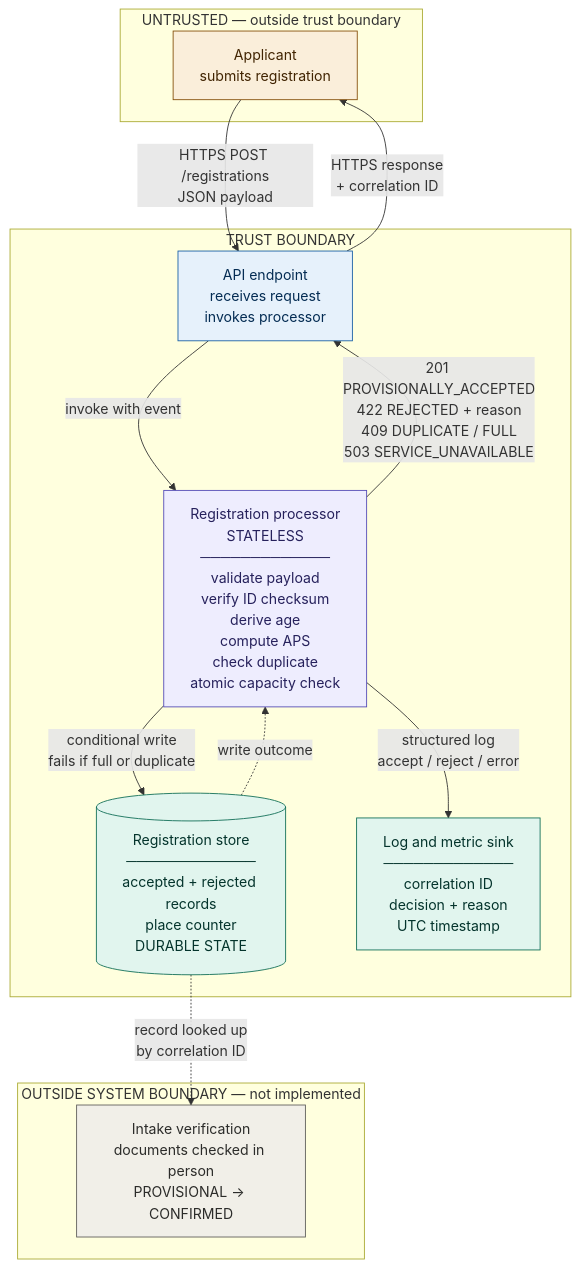
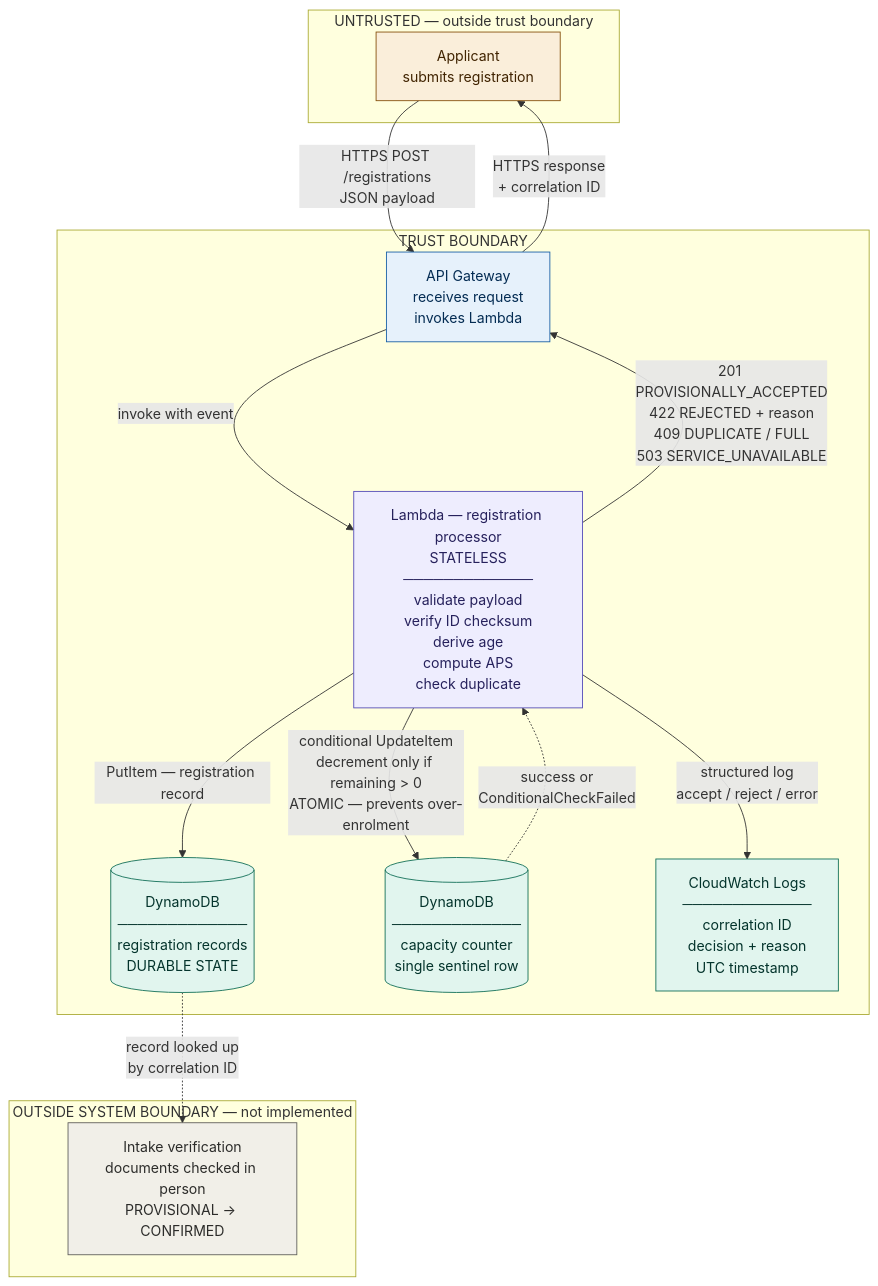
Before and after one commit to Sanele7/dlp-registration: the diagram in docs/architecture.mermaid, drawn with Mermaid.

Commit message:
Update architecture diagram with named services for Milestone 2
Replaced generic role boxes with actual services: API Gateway, Lambda,
DynamoDB (split into registration records and capacity counter),
CloudWatch Logs. Capacity counter shown as a separate item to make
the atomic conditional-write mechanism visually explicit.

```diff
--- a/docs/architecture.mermaid
+++ b/docs/architecture.mermaid
@@ -1,31 +1,34 @@
 flowchart TB
     subgraph untrusted["UNTRUSTED — outside trust boundary"]
         A["Applicant<br/>submits registration"]
     end
 
     subgraph trusted["TRUST BOUNDARY"]
-        B["API endpoint<br/>receives request<br/>invokes processor"]
-        C["Registration processor<br/>STATELESS<br/>─────────────<br/>validate payload<br/>verify ID checksum<br/>derive age<br/>compute APS<br/>check duplicate<br/>atomic capacity check"]
-        D[("Registration store<br/>─────────────<br/>accepted + rejected records<br/>place counter<br/>DURABLE STATE")]
-        E["Log and metric sink<br/>─────────────<br/>correlation ID<br/>decision + reason<br/>UTC timestamp"]
+        B["API Gateway<br/>receives request<br/>invokes Lambda"]
+        C["Lambda — registration processor<br/>STATELESS<br/>─────────────<br/>validate payload<br/>verify ID checksum<br/>derive age<br/>compute APS<br/>check duplicate"]
+        D[("DynamoDB<br/>─────────────<br/>registration records<br/>DURABLE STATE")]
+        G[("DynamoDB<br/>─────────────<br/>capacity counter<br/>single sentinel row")]
+        E["CloudWatch Logs<br/>─────────────<br/>correlation ID<br/>decision + reason<br/>UTC timestamp"]
     end
 
     subgraph outside["OUTSIDE SYSTEM BOUNDARY — not implemented"]
         F["Intake verification<br/>documents checked in person<br/>PROVISIONAL → CONFIRMED"]
     end
 
     A -->|"HTTPS POST /registrations<br/>JSON payload"| B
     B -->|"invoke with event"| C
-    C -->|"conditional write<br/>fails if full or duplicate"| D
+    C -->|"conditional UpdateItem<br/>decrement only if remaining > 0<br/>ATOMIC — prevents over-enrolment"| G
+    G -.->|"success or<br/>ConditionalCheckFailed"| C
+    C -->|"PutItem — registration record"| D
     C -->|"structured log<br/>accept / reject / error"| E
-    D -.->|"write outcome"| C
     C -->|"201 PROVISIONALLY_ACCEPTED<br/>422 REJECTED + reason<br/>409 DUPLICATE / FULL<br/>503 SERVICE_UNAVAILABLE"| B
     B -->|"HTTPS response<br/>+ correlation ID"| A
     D -.->|"record looked up<br/>by correlation ID"| F
 
     style A fill:#FAEEDA,stroke:#854F0B,color:#412402
     style B fill:#E6F1FB,stroke:#185FA5,color:#042C53
     style C fill:#EEEDFE,stroke:#534AB7,color:#26215C
     style D fill:#E1F5EE,stroke:#0F6E56,color:#04342C
+    style G fill:#E1F5EE,stroke:#0F6E56,color:#04342C
     style E fill:#E1F5EE,stroke:#0F6E56,color:#04342C
     style F fill:#F1EFE8,stroke:#5F5E5A,color:#2C2C2A
```
